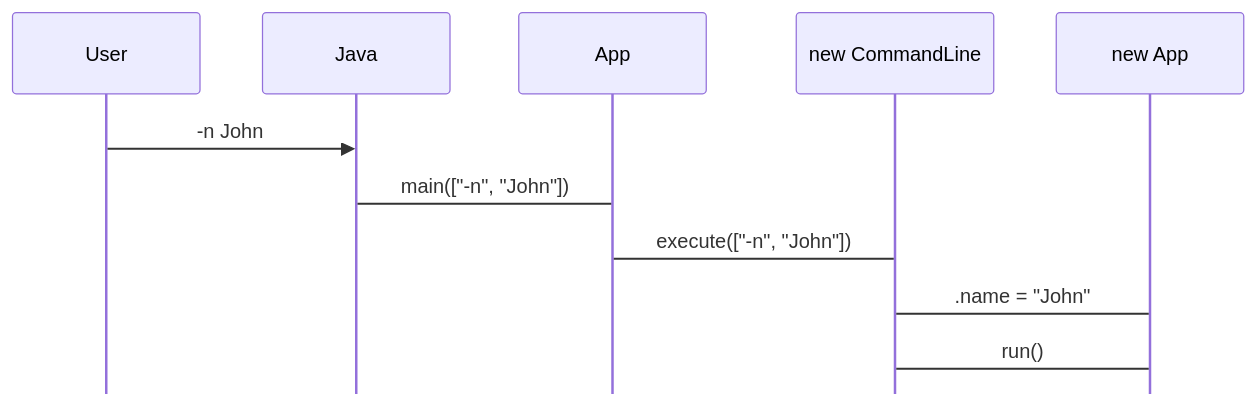
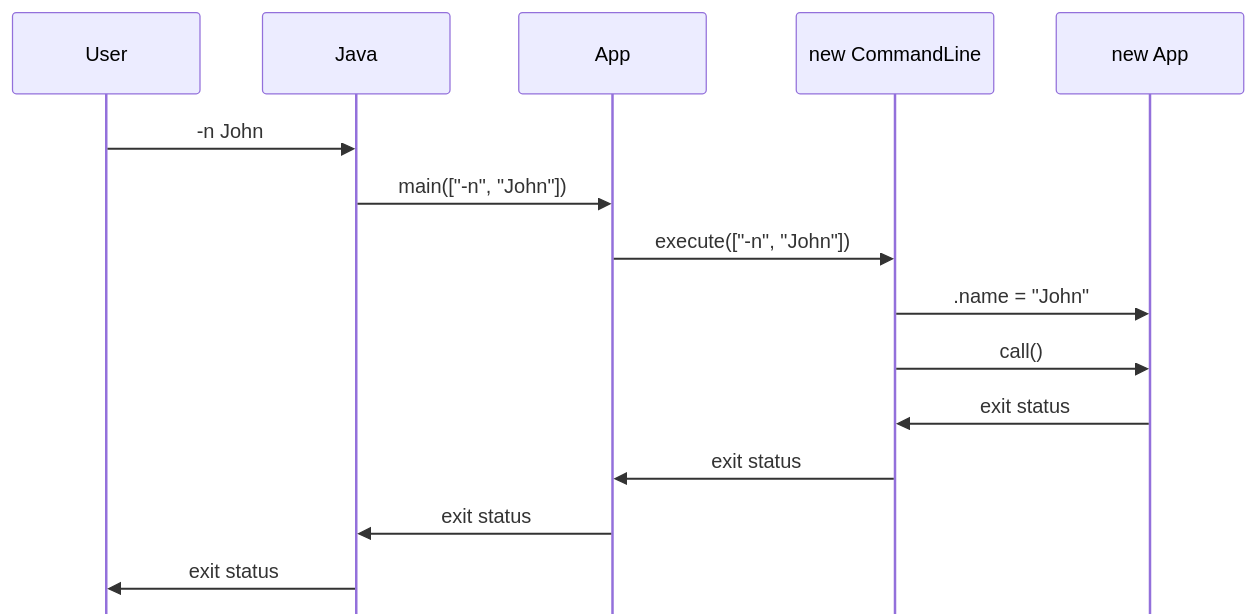
One commit to nogayama/building-cli-in-java changed the diagram in README.md. Above: the diagram before and after it, drawn with Mermaid. The commit also changed other lines of this file, not shown here.

Commit message:
feat: hello picocli

````diff
--- a/README.md
+++ b/README.md
@@ -590,10 +592,14 @@
         ```mermaid
         sequenceDiagram
         %%{init: { 'sequence': {'mirrorActors':false} } }%%
-        User->>Java: -n John
-            Java -> App: main(["-n", "John"])
-                App -> new CommandLine: execute(["-n", "John"])
-                     new CommandLine -> new App: .name = "John"
-                     new CommandLine -> new App: run()
+        User ->> Java: -n John
+            Java ->> App: main(["-n", "John"])
+                App ->> new CommandLine: execute(["-n", "John"])
+                     new CommandLine ->> new App: .name = "John"
+                     new CommandLine ->> new App: call()
+                     new App ->> new CommandLine: exit status
+                new CommandLine ->> App: exit status
+            App ->> Java: exit status
+        Java ->> User: exit status
         
         ```
````
